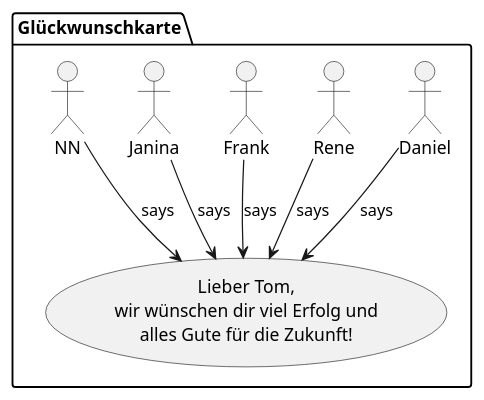
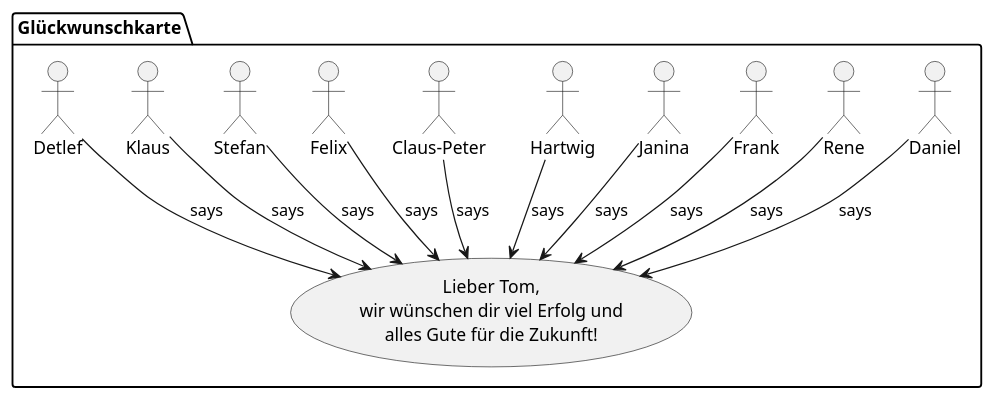
One commit to dkliem/alles-gute-tom changed the diagram in greetings.puml. Above: the diagram before and after it, drawn with PlantUML.

```diff
--- a/greetings.puml
+++ b/greetings.puml
@@ -1,15 +1,21 @@
 @startuml
 folder "Glückwunschkarte" {
     usecase goodbye [
         Lieber Tom,
         wir wünschen dir viel Erfolg und
         alles Gute für die Zukunft!
     ]
 
     :Daniel: --> goodbye: says
     :Rene: --> goodbye: says
     :Frank: --> goodbye: says
     :Janina: --> goodbye: says
-    :NN: --> goodbye: says
+    :Hartwig: --> goodbye: says
+    :Claus-Peter: --> goodbye: says
+    :Felix: --> goodbye: says
+    :Stefan: --> goodbye: says
+    :Klaus: --> goodbye: says
+    :Detlef: --> goodbye: says
+    
 }
 @enduml
```
